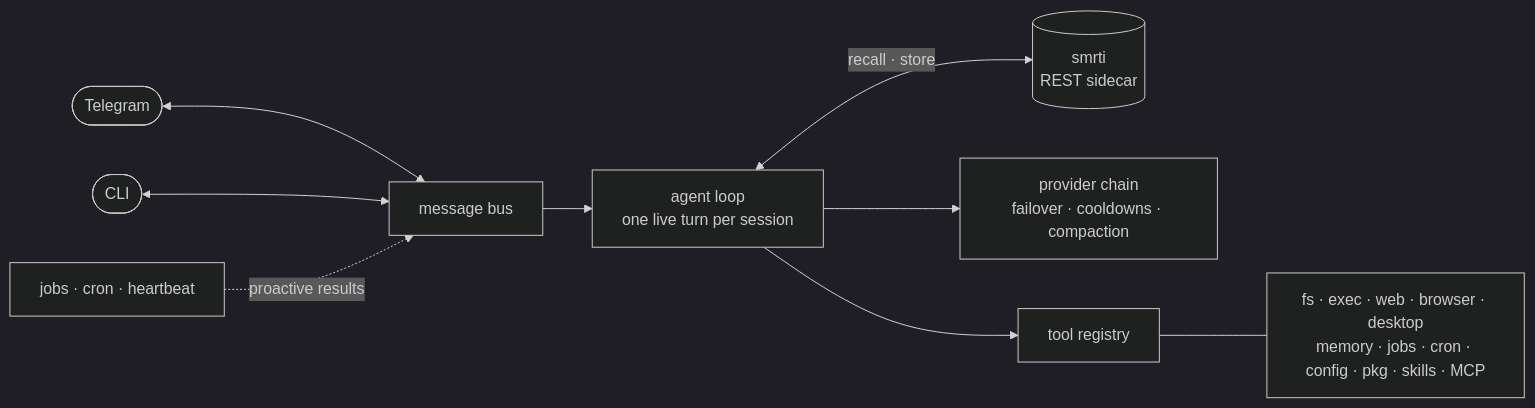
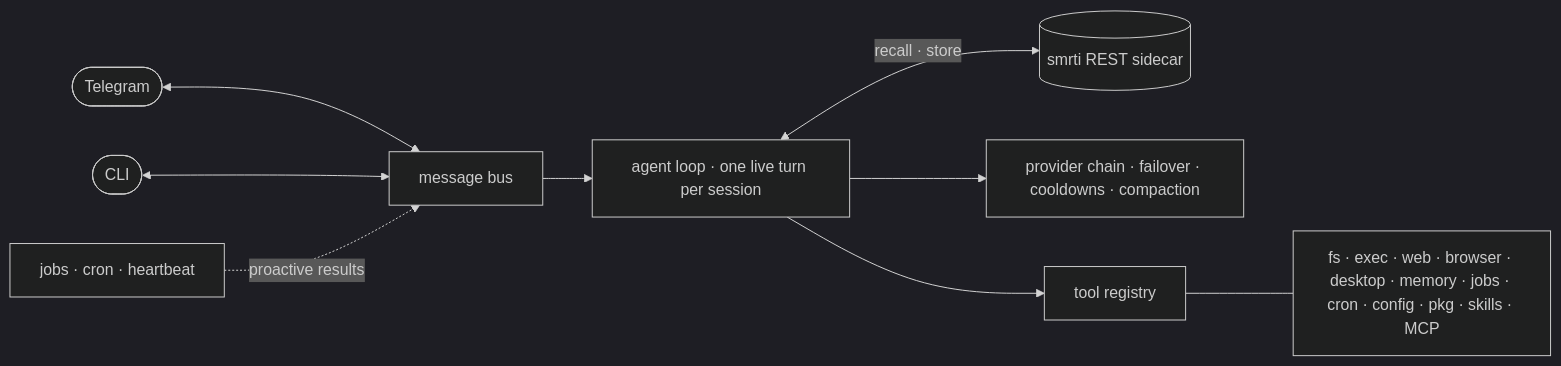
One commit to cyqlelabs/factor changed the diagram in README.md. Above: the diagram before and after it, drawn with Mermaid (dark theme).

Commit message:
docs: drop line breaks from diagram labels so they read correctly

````diff
--- a/README.md
+++ b/README.md
@@ -44,11 +44,11 @@
 ```mermaid
 flowchart LR
     TG([Telegram]) <--> BUS
     CLI([CLI]) <--> BUS
-    BUS[message bus] --> LOOP["agent loop<br/>one live turn per session"]
-    LOOP <-->|recall · store| MEM[("smrti<br/>REST sidecar")]
-    LOOP --> PROV["provider chain<br/>failover · cooldowns · compaction"]
+    BUS[message bus] --> LOOP["agent loop · one live turn per session"]
+    LOOP <-->|recall · store| MEM[("smrti REST sidecar")]
+    LOOP --> PROV["provider chain · failover · cooldowns · compaction"]
     LOOP --> REG[tool registry]
-    REG --- SUITES["fs · exec · web · browser · desktop<br/>memory · jobs · cron · config · pkg · skills · MCP"]
+    REG --- SUITES["fs · exec · web · browser · desktop · memory · jobs · cron · config · pkg · skills · MCP"]
     BG[jobs · cron · heartbeat] -.->|proactive results| BUS
 ```
````
